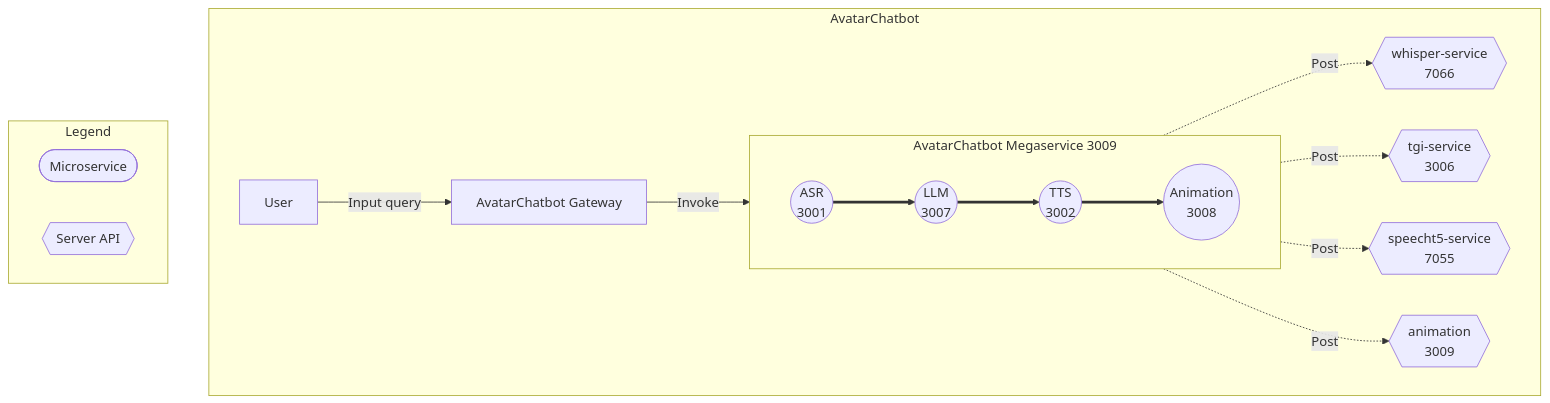
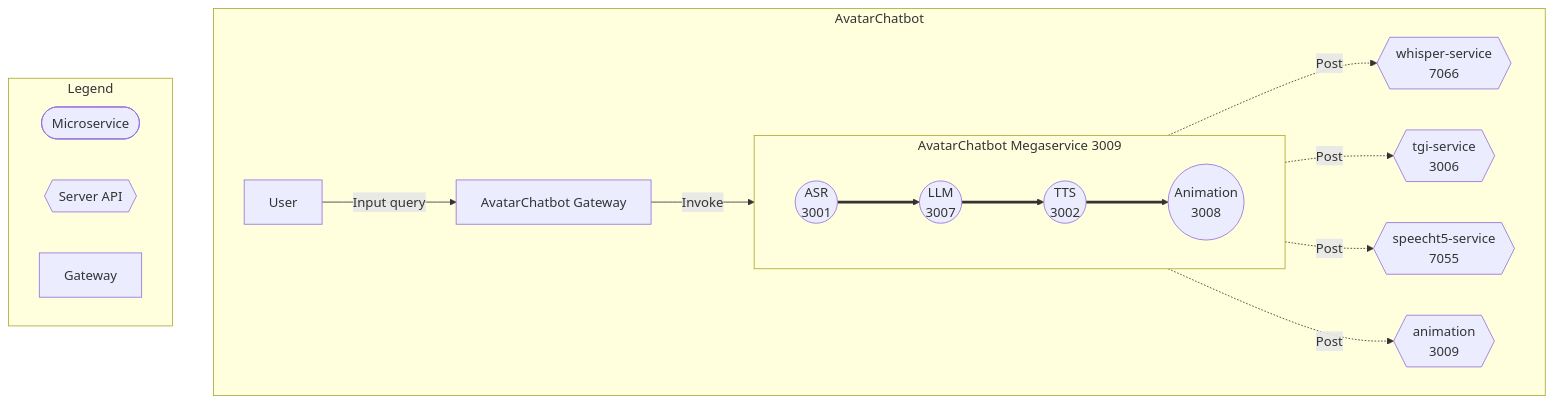
One commit to opea-project/docs changed the second of 2 diagrams in community/rfcs/24-08-02-OPEA-AIAvatarChatbot.md. Above: the diagram before and after it, drawn with Mermaid. The commit also changed other lines of this file, not shown here.

Commit message:
update flowcharts

````diff
--- a/community/rfcs/24-08-02-OPEA-AIAvatarChatbot.md
+++ b/community/rfcs/24-08-02-OPEA-AIAvatarChatbot.md
@@ -111,29 +112,30 @@
 ```mermaid
 flowchart TB
     subgraph AvatarChatbot
         direction LR
         A[User] --> |Input query| B[AvatarChatbot Gateway]
         B --> |Invoke| Megaservice
         subgraph Megaservice["AvatarChatbot Megaservice 3009"]
             direction LR
             C((ASR<br>3001))
             E((LLM<br>3007))
             G((TTS<br>3002))
             I((Animation<br>3008))
             C ==> E ==> G ==> I
         end
         D{{whisper-service<br>7066}}
         F{{tgi-service<br>3006}}
         H{{speecht5-service<br>7055}}
         J{{animation<br>3009}}
         C -. Post .-> D
         E -. Post .-> F
         G -. Post .-> H
         I -. Post .-> J
     end
     subgraph Legend
         direction LR
         L([Microservice]) 
-        N{{Server API}} 
+        M{{Server API}} 
+        N[Gateway]
     end
 ```
````
